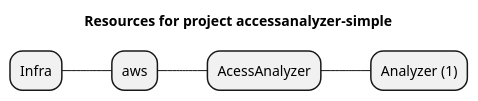
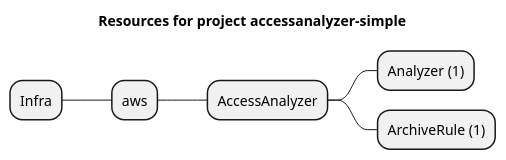
The diagram in examples/aws/AccessAnalyzer/accessanalyzer-simple/artifacts/resources-mindmap.puml (grucloud/grucloud), drawn with PlantUML before and after one commit. The commit also changed 4 other files, not shown here.

Commit message:
inferName AccessAnalyzerArchiveRule

```diff
--- a/examples/aws/AccessAnalyzer/accessanalyzer-simple/artifacts/resources-mindmap.puml
+++ b/examples/aws/AccessAnalyzer/accessanalyzer-simple/artifacts/resources-mindmap.puml
@@ -1,8 +1,9 @@
 @startmindmap
 title Resources for project accessanalyzer-simple
 skinparam monochrome true
 + Infra
 ++ aws
-+++ AcessAnalyzer
++++ AccessAnalyzer
 ++++ Analyzer (1)
+++++ ArchiveRule (1)
 @endmindmap
```
